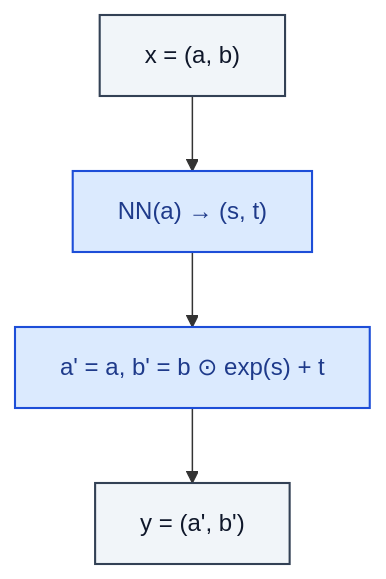
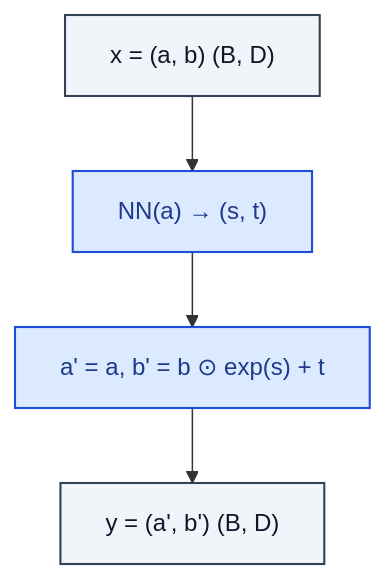
One commit to RealityShifts/Srivastava-book-of-Blocks-diagrams changed the diagram in generative/AffineCouplingLayer.md. Above: the diagram before and after it, drawn with Mermaid. The commit also changed 123 other files, not shown here.

````diff
--- a/generative/AffineCouplingLayer.md
+++ b/generative/AffineCouplingLayer.md
@@ -7,19 +7,20 @@
 ```mermaid
 flowchart TD
-    n0_0["x = (a, b)"]:::io
+    n0_0["x = (a, b)  (B, D)"]:::io
     n1_0["NN(a) → (s, t)"]:::op
     n2_0["a' = a,  b' = b ⊙ exp(s) + t"]:::op
-    n3_0["y = (a', b')"]:::io
+    n3_0["y = (a', b')  (B, D)"]:::io
     n0_0 --> n1_0
     n1_0 --> n2_0
     n2_0 --> n3_0
     classDef io fill:#f1f5f9,stroke:#334155,stroke-width:1.4px,color:#0f172a
     classDef op fill:#dbeafe,stroke:#1d4ed8,stroke-width:1.4px,color:#1e3a8a
     classDef norm fill:#dcfce7,stroke:#15803d,stroke-width:1.4px,color:#14532d
     classDef act fill:#ffedd5,stroke:#c2410c,stroke-width:1.4px,color:#7c2d12
     classDef attn fill:#ede9fe,stroke:#6d28d9,stroke-width:1.4px,color:#4c1d95
     classDef merge fill:#fef3c7,stroke:#b45309,stroke-width:1.4px,color:#78350f
     classDef emb fill:#fef9c3,stroke:#a16207,stroke-width:1.4px,color:#713f12
     classDef loss fill:#fee2e2,stroke:#b91c1c,stroke-width:1.4px,color:#7f1d1d
     classDef ctrl fill:#f5f5f4,stroke:#52525b,stroke-width:1.4px,color:#27272a
+    classDef ref fill:#e0f2fe,stroke:#0369a1,stroke-width:2px,color:#0c4a6e,stroke-dasharray: 4 2
 ```
````
